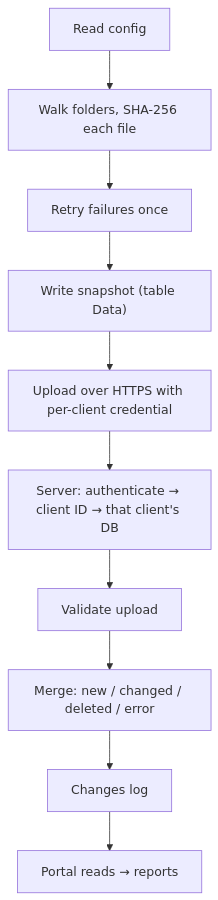
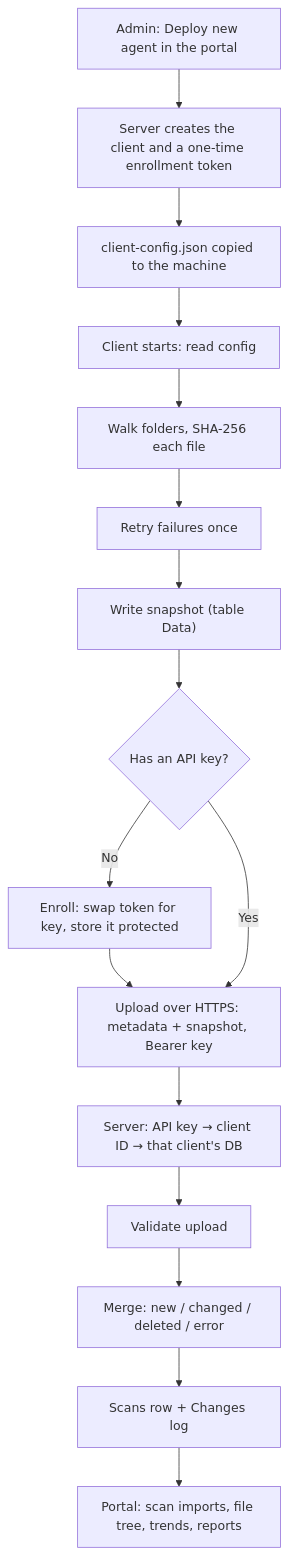
The second of 12 diagrams in README.md (Carter89490/Capstone_Porject-), drawn with Mermaid before and after one commit. The commit also changed other lines of this file and 16 other files, not shown here.

First line of the commit message:
Add API spec v1, portal prototype, and settle open design questions

````diff
--- a/README.md
+++ b/README.md
@@ -83,12 +101,18 @@
 ```mermaid
 flowchart TD
-    A["Read config"] --> B["Walk folders, SHA-256 each file"]
+    Z["Admin: Deploy new agent in the portal"] --> Y["Server creates the client and a one-time enrollment token"]
+    Y --> X["client-config.json copied to the machine"]
+    X --> A["Client starts: read config"]
+    A --> B["Walk folders, SHA-256 each file"]
     B --> C["Retry failures once"]
     C --> D["Write snapshot (table Data)"]
-    D --> E["Upload over HTTPS with per-client credential"]
-    E --> F["Server: authenticate → client ID → that client's DB"]
+    D --> K{"Has an API key?"}
+    K -- "No" --> W["Enroll: swap token for key, store it protected"]
+    W --> E
+    K -- "Yes" --> E["Upload over HTTPS: metadata + snapshot, Bearer key"]
+    E --> F["Server: API key → client ID → that client's DB"]
     F --> G["Validate upload"]
     G --> H["Merge: new / changed / deleted / error"]
-    H --> I["Changes log"]
-    I --> J["Portal reads → reports"]
+    H --> I["Scans row + Changes log"]
+    I --> J["Portal: scan imports, file tree, trends, reports"]
 ```
````
